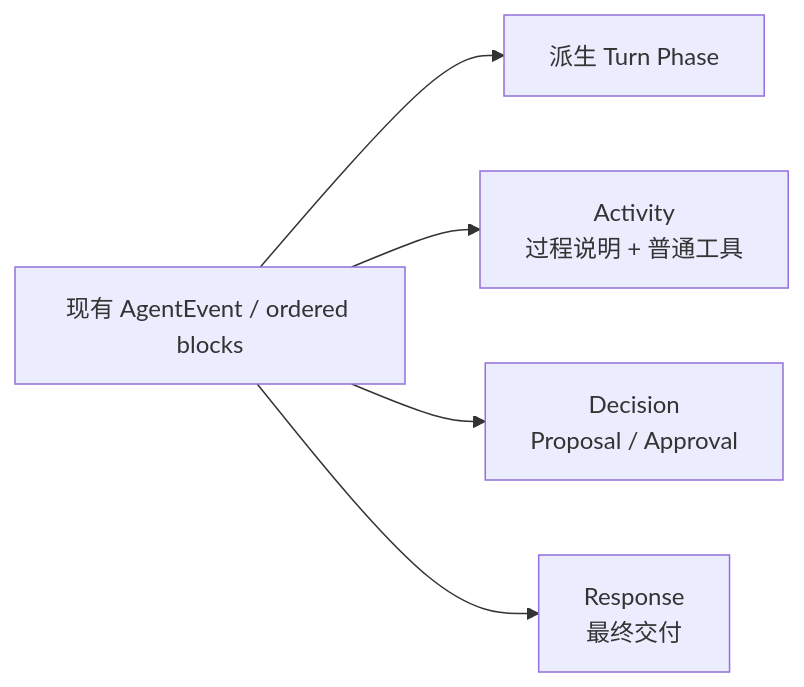
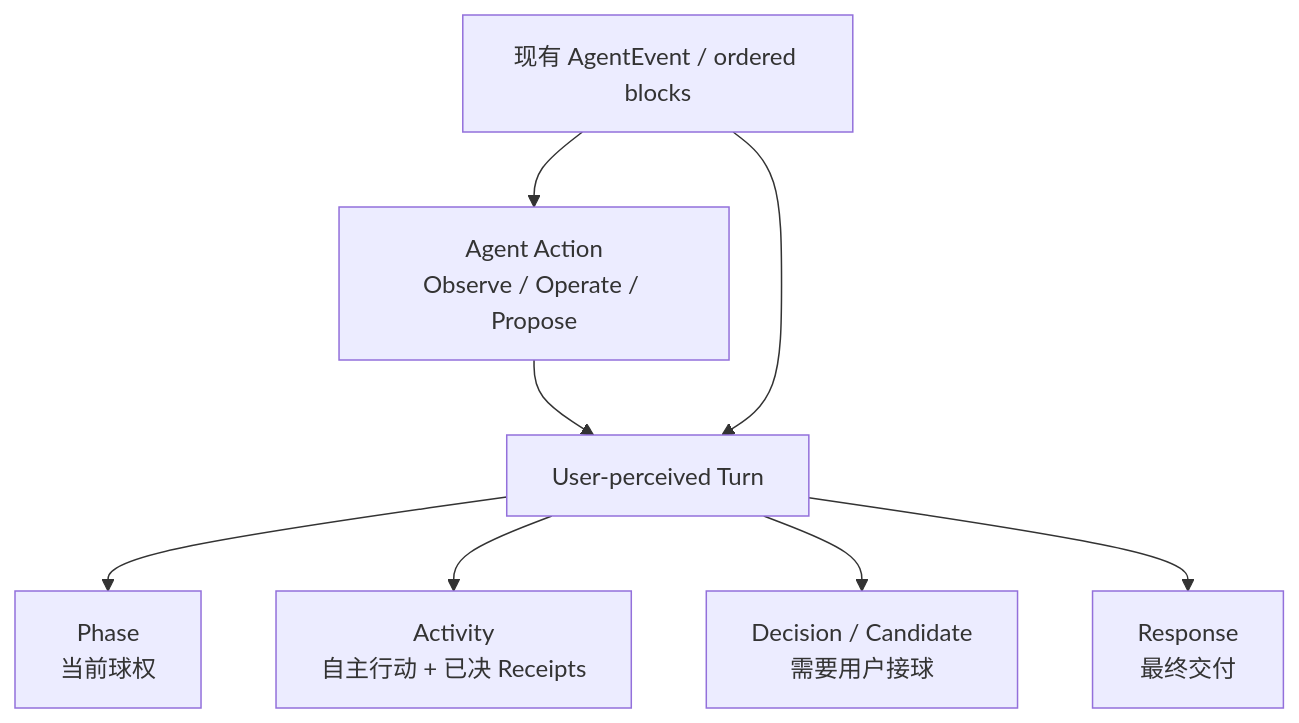
Before and after one commit to Floribunda1/reflecta: the first of 3 diagrams in docs/iterations/v1.2.6/agent-chat-experience-implementation-plan.md, drawn with Mermaid. The commit also changed other lines of this file and 1 other file, not shown here.

Commit message:
docs(agent): redesign tool action experience

````diff
--- a/docs/iterations/v1.2.6/agent-chat-experience-implementation-plan.md
+++ b/docs/iterations/v1.2.6/agent-chat-experience-implementation-plan.md
@@ -20,13 +20,17 @@
 ```mermaid
-flowchart LR
+flowchart TD
   E["现有 AgentEvent / ordered blocks"]
-  P["派生 Turn Phase"]
-  A["Activity<br/>过程说明 + 普通工具"]
-  D["Decision<br/>Proposal / Approval"]
+  A["Agent Action<br/>Observe / Operate / Propose"]
+  T["User-perceived Turn"]
+  P["Phase<br/>当前球权"]
+  AC["Activity<br/>自主行动 + 已决 Receipts"]
+  D["Decision / Candidate<br/>需要用户接球"]
   R["Response<br/>最终交付"]
 
-  E --> P
-  E --> A
-  E --> D
-  E --> R
+  E --> A --> T
+  E --> T
+  T --> P
+  T --> AC
+  T --> D
+  T --> R
 ```
````
